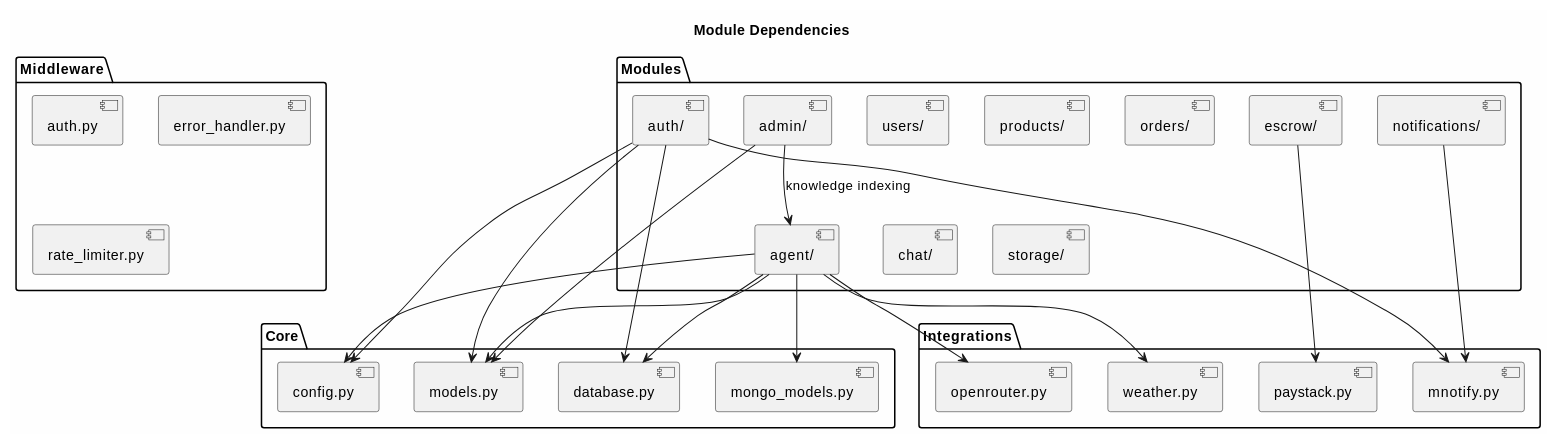
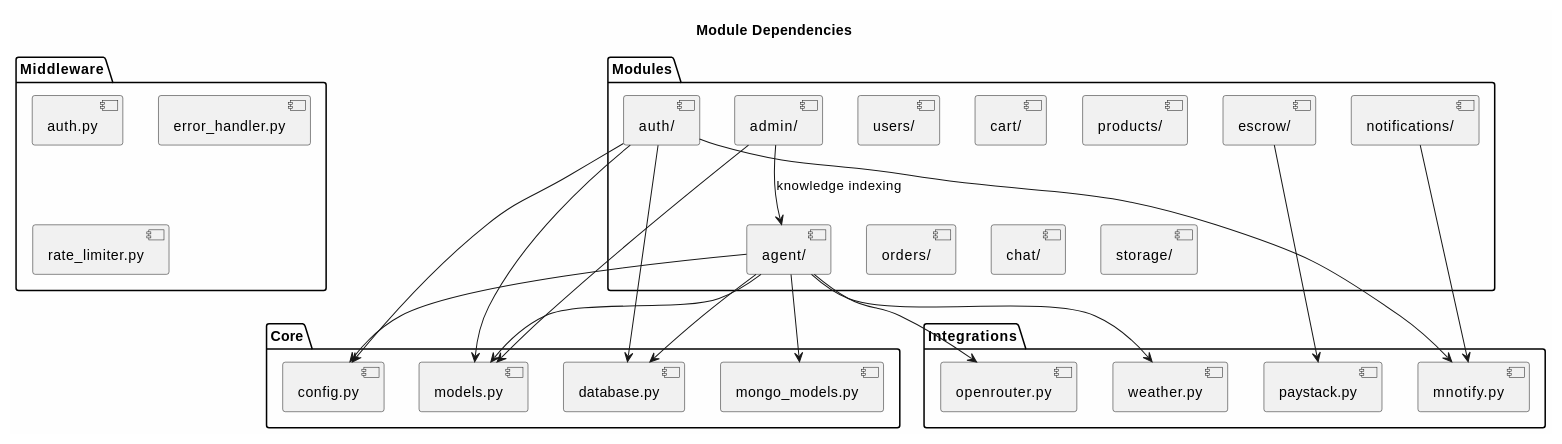
One commit to Softtouch-developers/smartagro changed the fourth of 4 diagrams in diagrams/backend_internal_architecture.md. Above: the diagram before and after it, drawn with PlantUML. The commit also changed other lines of this file, not shown here.

Commit message:
added cart connections and service

````diff
--- a/diagrams/backend_internal_architecture.md
+++ b/diagrams/backend_internal_architecture.md
@@ -249,61 +274,62 @@
 ```plantuml
 @startuml Module_Dependencies
 skinparam backgroundColor #FEFEFE
 
 title Module Dependencies
 
 package "Core" {
     [config.py]
     [database.py]
     [models.py]
     [mongo_models.py]
 }
 
 package "Middleware" {
     [auth.py]
     [error_handler.py]
     [rate_limiter.py]
 }
 
 package "Modules" {
     [auth/]
     [users/]
+    [cart/]
     [products/]
     [orders/]
     [escrow/]
     [chat/]
     [agent/]
     [notifications/]
     [admin/]
     [storage/]
 }
 
 package "Integrations" {
     [paystack.py]
     [mnotify.py]
     [openrouter.py]
     [weather.py]
 }
 
 ' Core dependencies
 [auth/] --> [config.py]
 [auth/] --> [database.py]
 [auth/] --> [models.py]
 
 [agent/] --> [config.py]
 [agent/] --> [database.py]
 [agent/] --> [models.py]
 [agent/] --> [mongo_models.py]
 
 [admin/] --> [models.py]
 [admin/] --> [agent/] : knowledge indexing
 
 ' Integration dependencies
 [escrow/] --> [paystack.py]
 [auth/] --> [mnotify.py]
 [notifications/] --> [mnotify.py]
 [agent/] --> [openrouter.py]
 [agent/] --> [weather.py]
 
 @enduml
 ```
````
